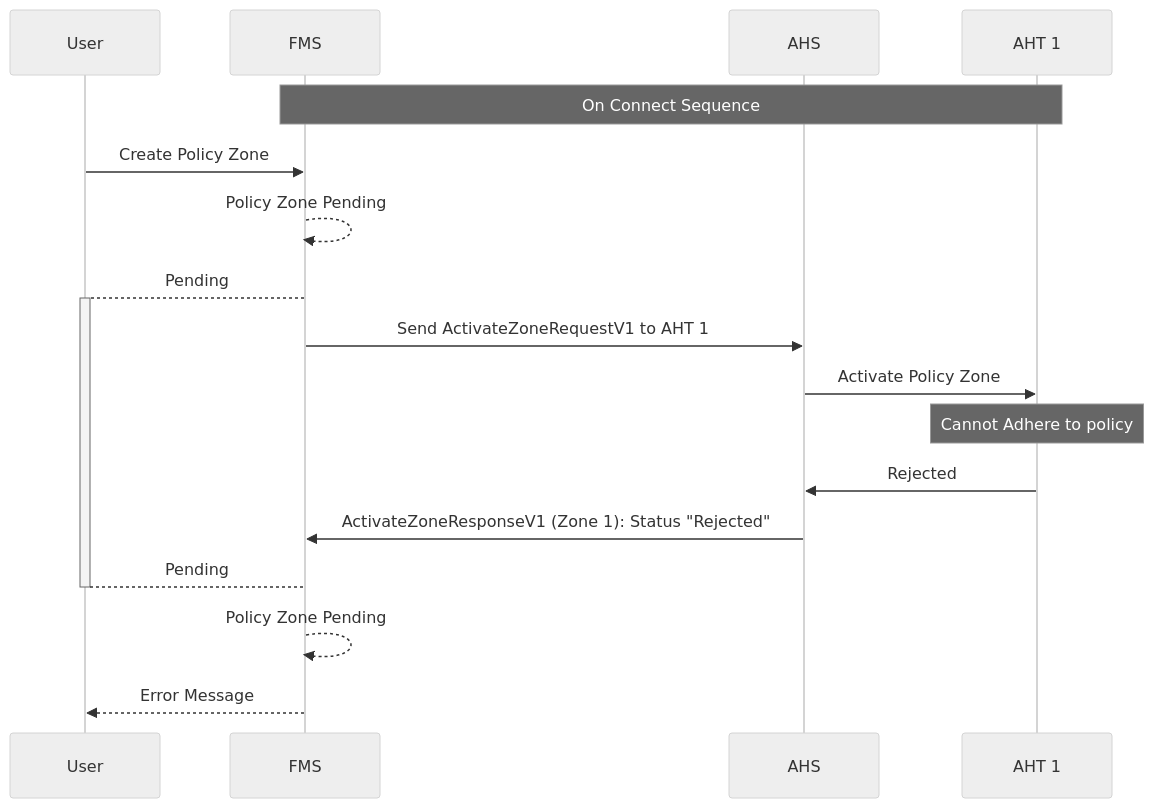
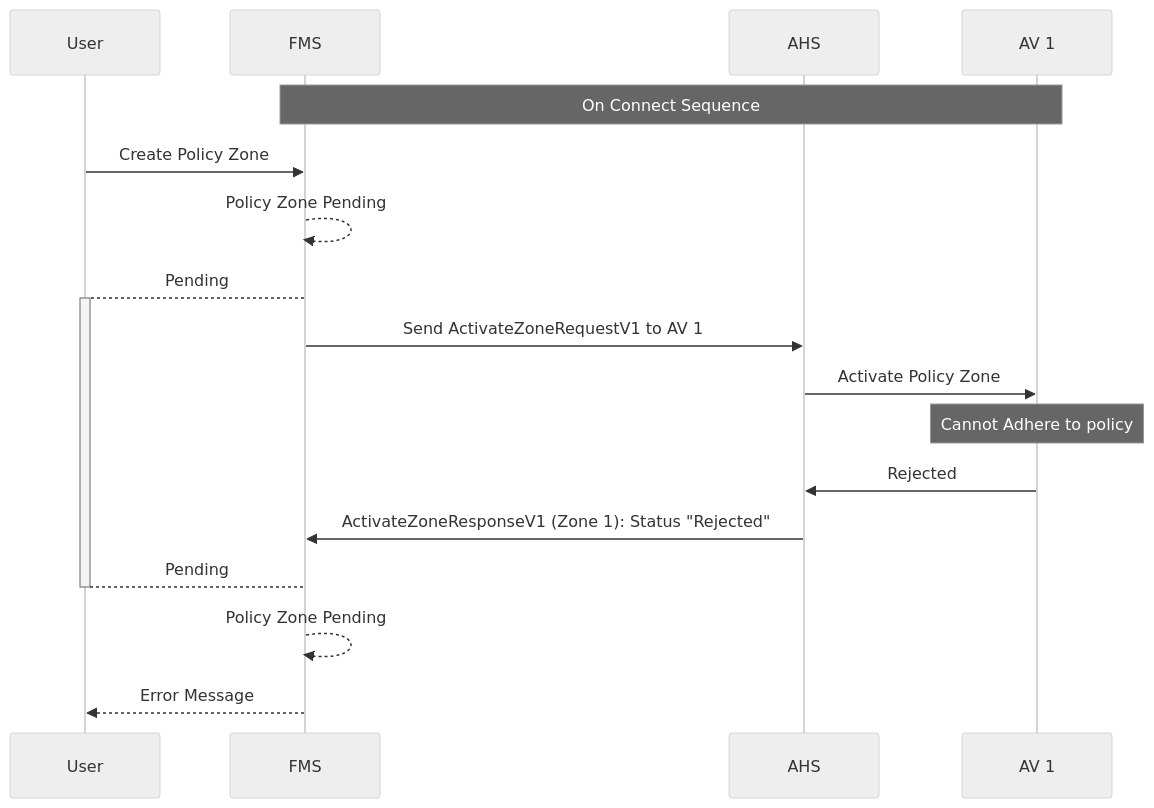
Before and after one commit to open-autonomy/zone: the third of 4 diagrams in diagram/PolicyZoneActivation.md, drawn with Mermaid (neutral theme). The commit also changed other lines of this file and 15 other files, not shown here.

````diff
--- a/diagram/PolicyZoneActivation.md
+++ b/diagram/PolicyZoneActivation.md
@@ -82,20 +82,20 @@
 ```mermaid
 sequenceDiagram
     participant User
     participant FMS
     participant AHS
-    participant AHT 1
+    participant AV 1
 
-    Note over FMS,AHT 1: On Connect Sequence
+    Note over FMS,AV 1: On Connect Sequence
     User->>FMS: Create Policy Zone
     FMS-->>FMS: Policy Zone Pending
     FMS-->+User: Pending
-    FMS->>AHS: Send ActivateZoneRequestV1 to AHT 1
-    AHS->>AHT 1: Activate Policy Zone
-    Note Over AHT 1: Cannot Adhere to policy
-    AHT 1->>AHS: Rejected
+    FMS->>AHS: Send ActivateZoneRequestV1 to AV 1
+    AHS->>AV 1: Activate Policy Zone
+    Note Over AV 1: Cannot Adhere to policy
+    AV 1->>AHS: Rejected
     AHS->>FMS: ActivateZoneResponseV1 (Zone 1): Status "Rejected"
     User-->-FMS: Pending
     FMS-->>FMS: Policy Zone Pending
     FMS-->>User: Error Message
 ```
````
